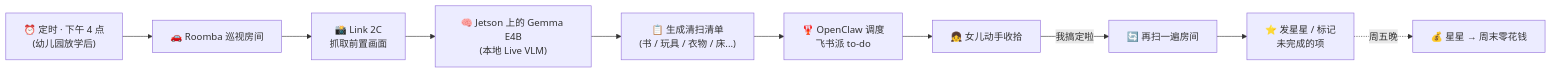
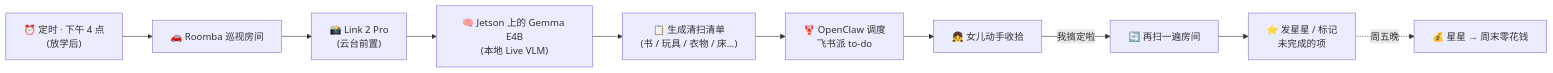
Before and after one commit to peterpanstechland/peterpanstechland.github.io: the first of 2 diagrams in i18n/zh-Hans/docusaurus-plugin-content-docs/current/hackathons/2026/roomba-vllm.md, drawn with Mermaid. The commit also changed other lines of this file and 17 other files, not shown here.

````diff
--- a/i18n/zh-Hans/docusaurus-plugin-content-docs/current/hackathons/2026/roomba-vllm.md
+++ b/i18n/zh-Hans/docusaurus-plugin-content-docs/current/hackathons/2026/roomba-vllm.md
@@ -68,12 +98,12 @@
 ```mermaid
 graph LR
-    Cron["⏰ 定时 · 下午 4 点<br/>(幼儿园放学后)"] --> Patrol["🚗 Roomba 巡视房间"]
-    Patrol --> Capture["📸 Link 2C<br/>抓取前置画面"]
+    Cron["⏰ 定时 · 下午 4 点<br/>(放学后)"] --> Patrol["🚗 Roomba 巡视房间"]
+    Patrol --> Capture["📸 Link 2 Pro<br/>(云台前置)"]
     Capture --> VLM["🧠 Jetson 上的 Gemma E4B<br/>(本地 Live VLM)"]
     VLM --> Eval["📋 生成清扫清单<br/>(书 / 玩具 / 衣物 / 床...)"]
     Eval --> OpenClaw["🦞 OpenClaw 调度<br/>飞书派 to-do"]
     OpenClaw --> Kid["👧 女儿动手收拾"]
     Kid -->|"我搞定啦"| Rescan["🔄 再扫一遍房间"]
     Rescan --> Stars["⭐ 发星星 / 标记<br/>未完成的项"]
     Stars -.->|"周五晚"| Allowance["💰 星星 → 周末零花钱"]
 ```
````
